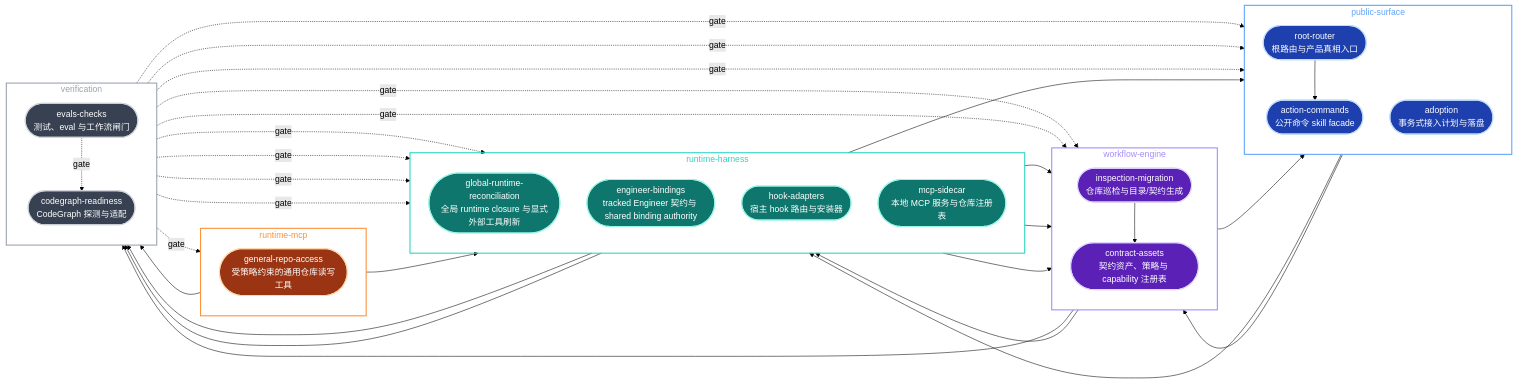
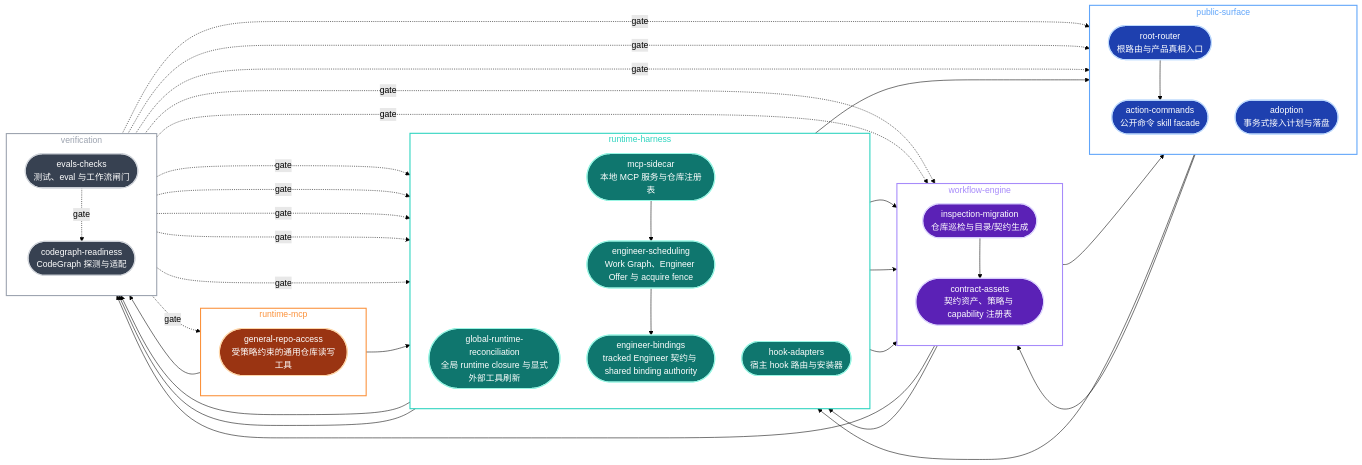
The diagram in docs/architecture/index.md (Ancienttwo/repo-harness), drawn with Mermaid (forest theme) before and after one commit. The commit also changed other lines of this file and 41 other files, not shown here.

First line of the commit message:
Merge ME-1A engineer scheduling schema

````diff
--- a/docs/architecture/index.md
+++ b/docs/architecture/index.md
@@ -105,74 +105,78 @@
 ```mermaid
 flowchart LR
   classDef surface fill:#1e40af,stroke:#bfdbfe,stroke-width:2px,color:#fff
   classDef engine fill:#5b21b6,stroke:#ddd6fe,stroke-width:2px,color:#fff
   classDef harness fill:#0f766e,stroke:#99f6e4,stroke-width:2px,color:#fff
   classDef mcp fill:#9a3412,stroke:#fed7aa,stroke-width:2px,color:#fff
   classDef verify fill:#374151,stroke:#d1d5db,stroke-width:2px,color:#fff
 
   subgraph PS["public-surface"]
     direction TB
     RootRouter(["root-router<br/>根路由与产品真相入口"]):::surface
     ActionCommands(["action-commands<br/>公开命令 skill facade"]):::surface
     Adoption(["adoption<br/>事务式接入计划与落盘"]):::surface
   end
 
   subgraph WE["workflow-engine"]
     direction TB
     InspectionMigration(["inspection-migration<br/>仓库巡检与目录/契约生成"]):::engine
     ContractAssets(["contract-assets<br/>契约资产、策略与 capability 注册表"]):::engine
   end
 
   subgraph RH["runtime-harness"]
     direction TB
     GlobalRuntime(["global-runtime-reconciliation<br/>全局 runtime closure 与显式外部工具刷新"]):::harness
     EngineerBindings(["engineer-bindings<br/>tracked Engineer 契约与 shared binding authority"]):::harness
+    EngineerScheduling(["engineer-scheduling<br/>Work Graph、Engineer Offer 与 acquire fence"]):::harness
     HookAdapters(["hook-adapters<br/>宿主 hook 路由与安装器"]):::harness
     McpSidecar(["mcp-sidecar<br/>本地 MCP 服务与仓库注册表"]):::harness
   end
 
   subgraph RM["runtime-mcp"]
     direction TB
     GeneralRepoAccess(["general-repo-access<br/>受策略约束的通用仓库读写工具"]):::mcp
   end
 
   subgraph VF["verification"]
     direction TB
     CodegraphReadiness(["codegraph-readiness<br/>CodeGraph 探测与适配"]):::verify
     EvalsChecks(["evals-checks<br/>测试、eval 与工作流闸门"]):::verify
   end
 
   RootRouter --> ActionCommands
   ContractAssets --> Adoption
   ContractAssets --> HookAdapters
   ContractAssets --> CodegraphReadiness
   GlobalRuntime --> ContractAssets
   GlobalRuntime --> CodegraphReadiness
   InspectionMigration --> ContractAssets
   Adoption --> ContractAssets
   Adoption --> McpSidecar
   HookAdapters --> ContractAssets
   HookAdapters --> ActionCommands
+  EngineerScheduling --> EngineerBindings
+  McpSidecar --> EngineerScheduling
   McpSidecar --> ContractAssets
   McpSidecar --> CodegraphReadiness
   GeneralRepoAccess --> McpSidecar
   GeneralRepoAccess --> CodegraphReadiness
 
   EvalsChecks -.->|gate| RootRouter
   EvalsChecks -.->|gate| ActionCommands
   EvalsChecks -.->|gate| Adoption
   EvalsChecks -.->|gate| InspectionMigration
   EvalsChecks -.->|gate| ContractAssets
   EvalsChecks -.->|gate| GlobalRuntime
   EvalsChecks -.->|gate| EngineerBindings
+  EvalsChecks -.->|gate| EngineerScheduling
   EvalsChecks -.->|gate| HookAdapters
   EvalsChecks -.->|gate| McpSidecar
   EvalsChecks -.->|gate| GeneralRepoAccess
   EvalsChecks -.->|gate| CodegraphReadiness
 
   style PS fill:none,stroke:#60a5fa,stroke-width:2px,color:#60a5fa
   style WE fill:none,stroke:#a78bfa,stroke-width:2px,color:#a78bfa
   style RH fill:none,stroke:#2dd4bf,stroke-width:2px,color:#2dd4bf
   style RM fill:none,stroke:#fb923c,stroke-width:2px,color:#fb923c
   style VF fill:none,stroke:#9ca3af,stroke-width:2px,color:#9ca3af
 ```
````
